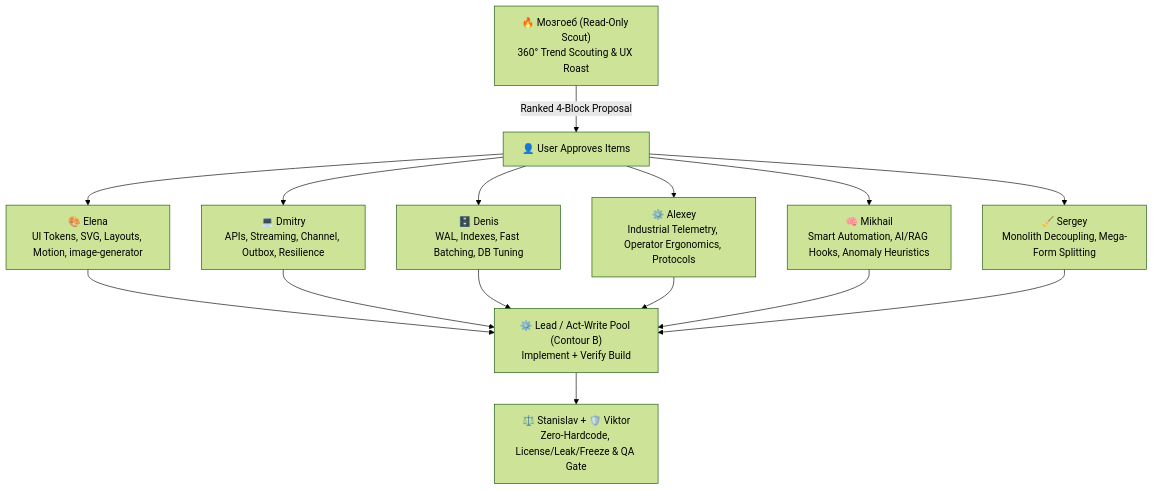
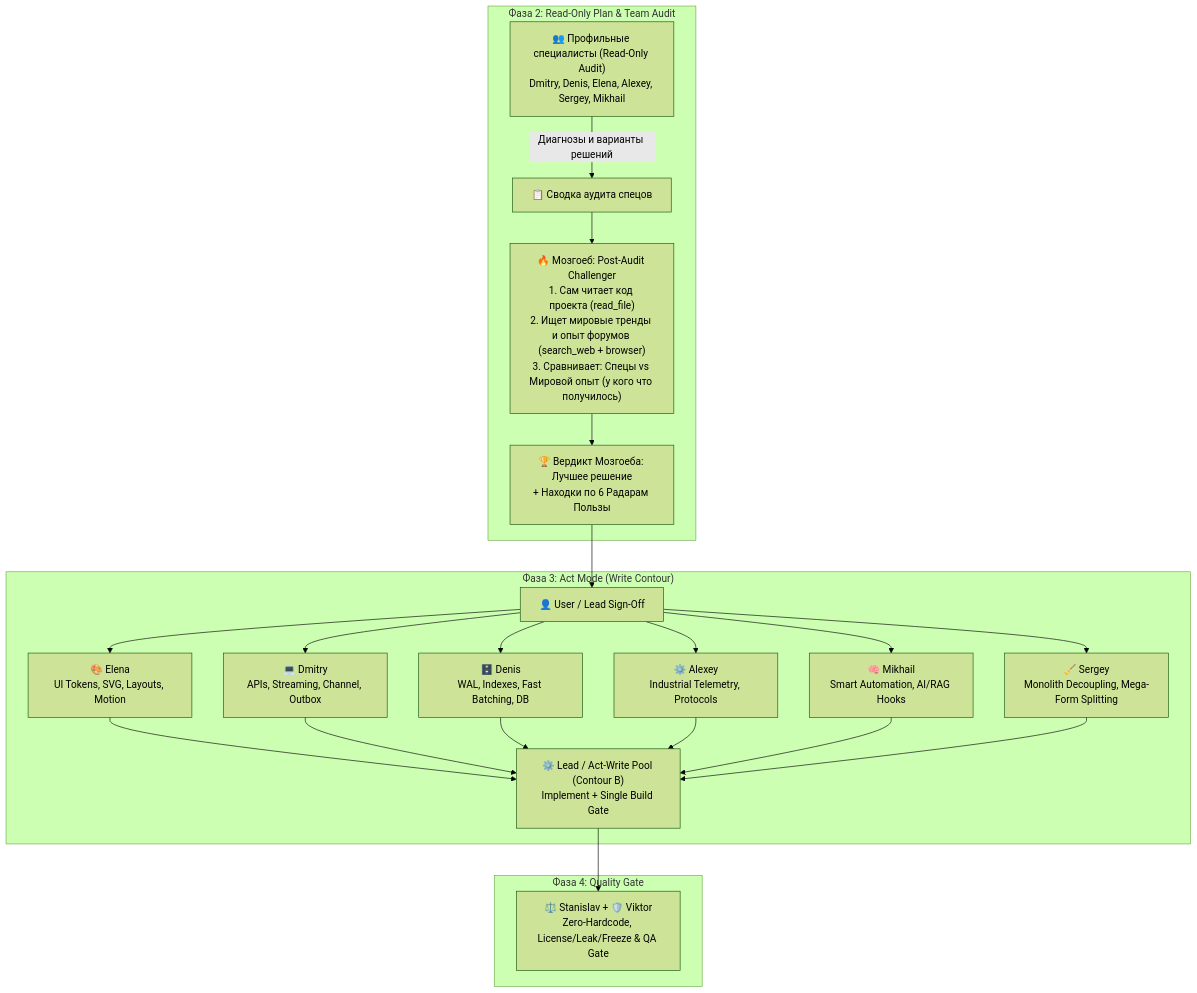
One commit to neon1301/hermes-mode-antigravity changed the diagram in skills/hermes/references/ux-scouting-standards.md. Above: the diagram before and after it, drawn with Mermaid (forest theme). The commit also changed other lines of this file and 8 other files, not shown here.

Commit message:
[HERMES-CHALLENGER] feat(v3.6.4): add Post-Audit Challenger & Solution Comparator role to Mozgoeb alongside independent project scouting

````diff
--- a/skills/hermes/references/ux-scouting-standards.md
+++ b/skills/hermes/references/ux-scouting-standards.md
@@ -57,17 +60,29 @@
 ```mermaid
 flowchart TD
-    Mozgoeb["🔥 Мозгоеб (Read-Only Scout)\n360° Trend Scouting & UX Roast"] -->|Ranked 4-Block Proposal| User["👤 User Approves Items"]
-    User --> Elena["🎨 Elena\nUI Tokens, SVG, Layouts, Motion, image-generator"]
-    User --> Dmitry["💻 Dmitry\nAPIs, Streaming, Channel, Outbox, Resilience"]
-    User --> Denis["🗄️ Denis\nWAL, Indexes, Fast Batching, DB Tuning"]
-    User --> Alexey["⚙️ Alexey\nIndustrial Telemetry, Operator Ergonomics, Protocols"]
-    User --> Mikhail["🧠 Mikhail\nSmart Automation, AI/RAG Hooks, Anomaly Heuristics"]
-    User --> Sergey["🧹 Sergey\nMonolith Decoupling, Mega-Form Splitting"]
-    Elena --> Pool["⚙️ Lead / Act-Write Pool (Contour B)\nImplement + Verify Build"]
-    Dmitry --> Pool
-    Denis --> Pool
-    Alexey --> Pool
-    Mikhail --> Pool
-    Sergey --> Pool
-    Pool --> Gate["⚖️ Stanislav + 🛡️ Viktor\nZero-Hardcode, License/Leak/Freeze & QA Gate"]
+    subgraph Phase2["Фаза 2: Read-Only Plan & Team Audit"]
+        Specialists["👥 Профильные специалисты (Read-Only Audit)\nDmitry, Denis, Elena, Alexey, Sergey, Mikhail"] -->|Диагнозы и варианты решений| AuditHandoff["📋 Сводка аудита спецов"]
+        AuditHandoff --> Mozgoeb["🔥 Мозгоеб: Post-Audit Challenger\n1. Сам читает код проекта (read_file)\n2. Ищет мировые тренды и опыт форумов (search_web + browser)\n3. Сравнивает: Спецы vs Мировой опыт (у кого что получилось)"]
+        Mozgoeb --> Verdict["🏆 Вердикт Мозгоеба: Лучшее решение\n+ Находки по 6 Радарам Пользы"]
+    end
+
+    Verdict --> User["👤 User / Lead Sign-Off"]
+
+    subgraph Phase3["Фаза 3: Act Mode (Write Contour)"]
+        User --> Elena["🎨 Elena\nUI Tokens, SVG, Layouts, Motion"]
+        User --> Dmitry["💻 Dmitry\nAPIs, Streaming, Channel, Outbox"]
+        User --> Denis["🗄️ Denis\nWAL, Indexes, Fast Batching, DB"]
+        User --> Alexey["⚙️ Alexey\nIndustrial Telemetry, Protocols"]
+        User --> Mikhail["🧠 Mikhail\nSmart Automation, AI/RAG Hooks"]
+        User --> Sergey["🧹 Sergey\nMonolith Decoupling, Mega-Form Splitting"]
+        Elena --> Pool["⚙️ Lead / Act-Write Pool (Contour B)\nImplement + Single Build Gate"]
+        Dmitry --> Pool
+        Denis --> Pool
+        Alexey --> Pool
+        Mikhail --> Pool
+        Sergey --> Pool
+    end
+
+    subgraph Phase4["Фаза 4: Quality Gate"]
+        Pool --> Gate["⚖️ Stanislav + 🛡️ Viktor\nZero-Hardcode, License/Leak/Freeze & QA Gate"]
+    end
 ```
````
